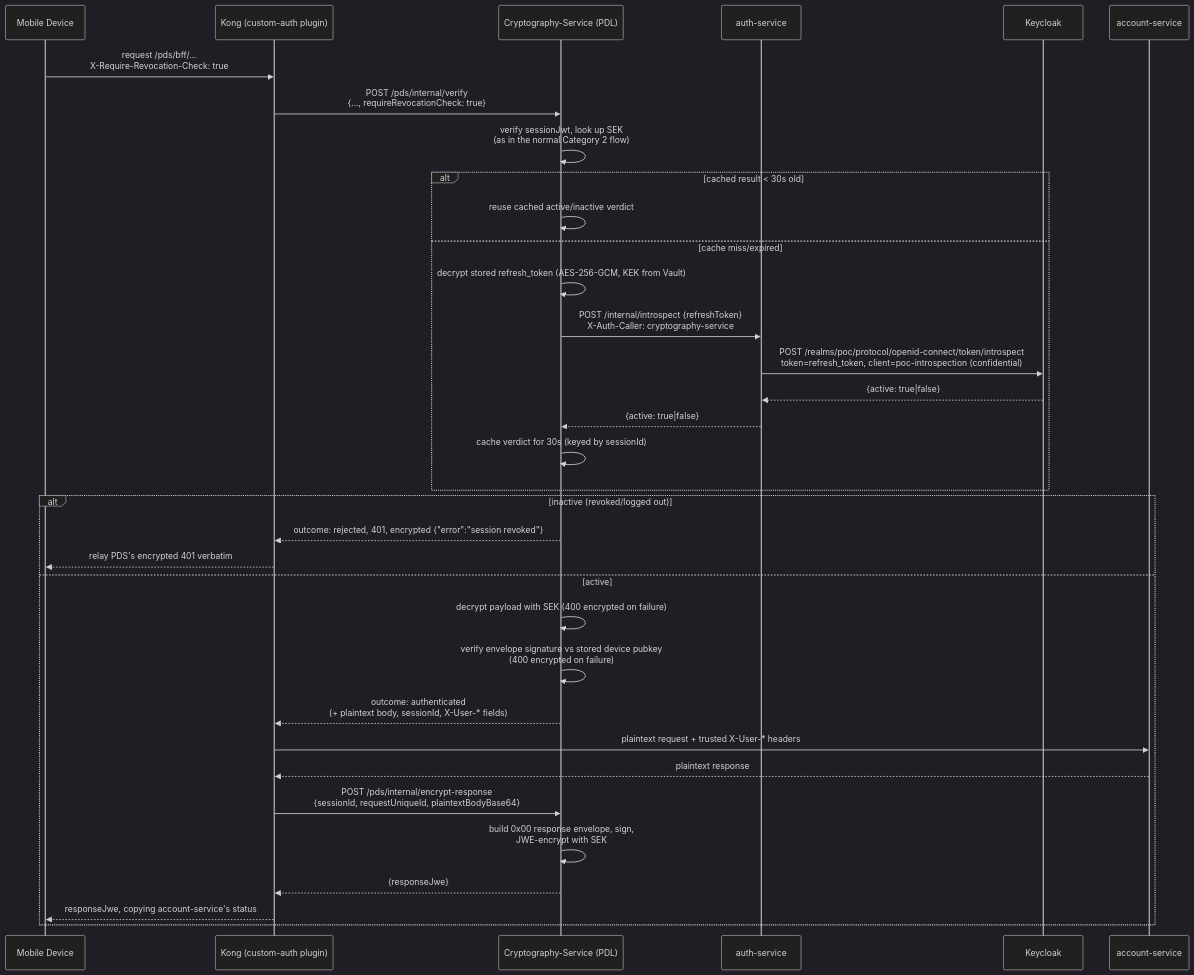
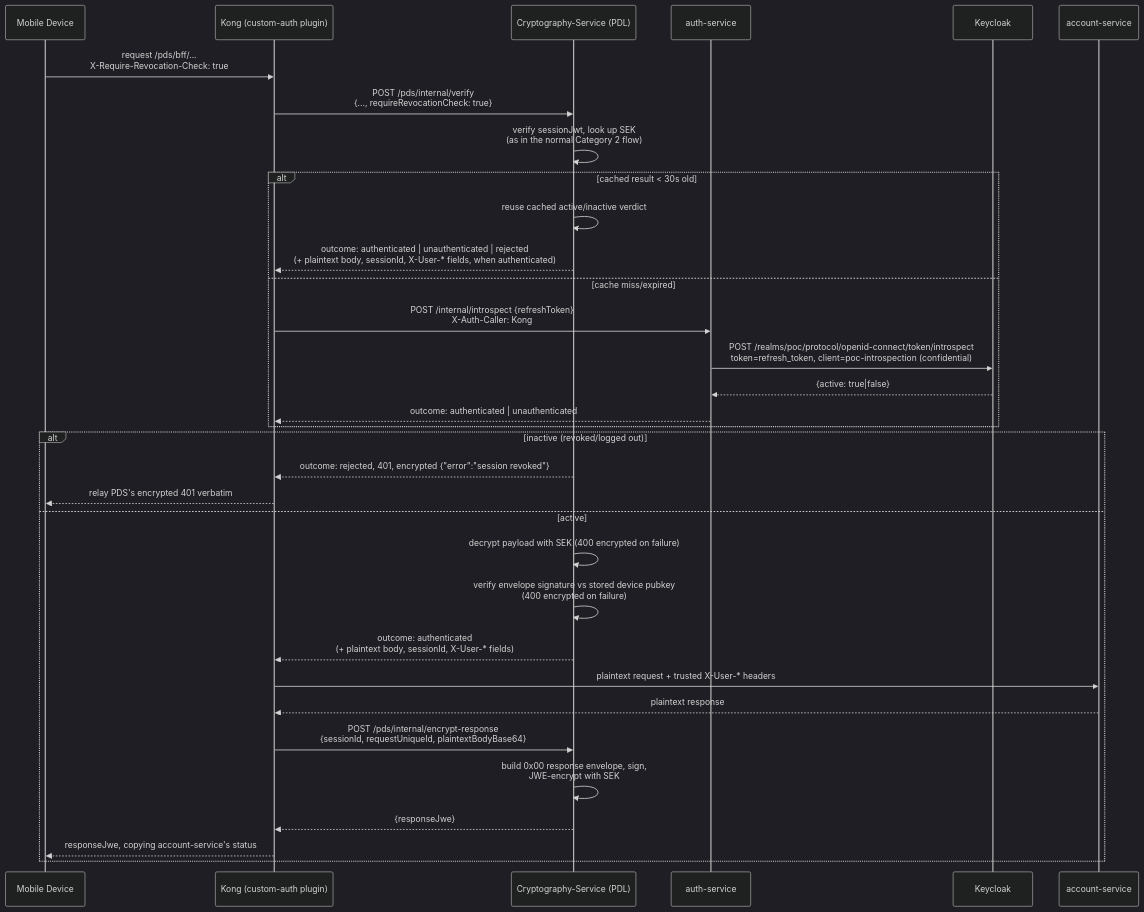
Before and after one commit to PinThapanawat/kong-custom-auth-poc: the third of 3 diagrams in docs/encryption-workflow.md, drawn with Mermaid (dark theme). The commit also changed other lines of this file, not shown here.

Commit message:
update cncrption

````diff
--- a/docs/encryption-workflow.md
+++ b/docs/encryption-workflow.md
@@ -134,37 +134,36 @@
 ```mermaid
 sequenceDiagram
     participant Device as Mobile Device
     participant Kong as Kong (custom-auth plugin)
     participant PDS as Cryptography-Service (PDL)
     participant Auth as auth-service
     participant Keycloak
     participant Account as account-service
 
     Device->>Kong: request /pds/bff/...<br/>X-Require-Revocation-Check: true
     Kong->>PDS: POST /pds/internal/verify<br/>{..., requireRevocationCheck: true}
     PDS->>PDS: verify sessionJwt, look up SEK<br/>(as in the normal Category 2 flow)
     alt cached result < 30s old
         PDS->>PDS: reuse cached active/inactive verdict
+        PDS-->>Kong: outcome: authenticated | unauthenticated | rejected<br/>(+ plaintext body, sessionId, X-User-* fields, when authenticated)
     else cache miss/expired
-        PDS->>PDS: decrypt stored refresh_token (AES-256-GCM, KEK from Vault)
-        PDS->>Auth: POST /internal/introspect {refreshToken}<br/>X-Auth-Caller: cryptography-service
+        Kong->>Auth: POST /internal/introspect {refreshToken}<br/>X-Auth-Caller: Kong
         Auth->>Keycloak: POST /realms/poc/protocol/openid-connect/token/introspect<br/>token=refresh_token, client=poc-introspection (confidential)
         Keycloak-->>Auth: {active: true|false}
-        Auth-->>PDS: {active: true|false}
-        PDS->>PDS: cache verdict for 30s (keyed by sessionId)
+        Auth-->>Kong: outcome: authenticated | unauthenticated 
     end
     alt inactive (revoked/logged out)
         PDS-->>Kong: outcome: rejected, 401, encrypted {"error":"session revoked"}
         Kong-->>Device: relay PDS's encrypted 401 verbatim
     else active
         PDS->>PDS: decrypt payload with SEK (400 encrypted on failure)
         PDS->>PDS: verify envelope signature vs stored device pubkey<br/>(400 encrypted on failure)
         PDS-->>Kong: outcome: authenticated<br/>(+ plaintext body, sessionId, X-User-* fields)
         Kong->>Account: plaintext request + trusted X-User-* headers
         Account-->>Kong: plaintext response
         Kong->>PDS: POST /pds/internal/encrypt-response<br/>{sessionId, requestUniqueId, plaintextBodyBase64}
         PDS->>PDS: build 0x00 response envelope, sign,<br/>JWE-encrypt with SEK
         PDS-->>Kong: {responseJwe}
         Kong-->>Device: responseJwe, copying account-service's status
     end
 ```
````
